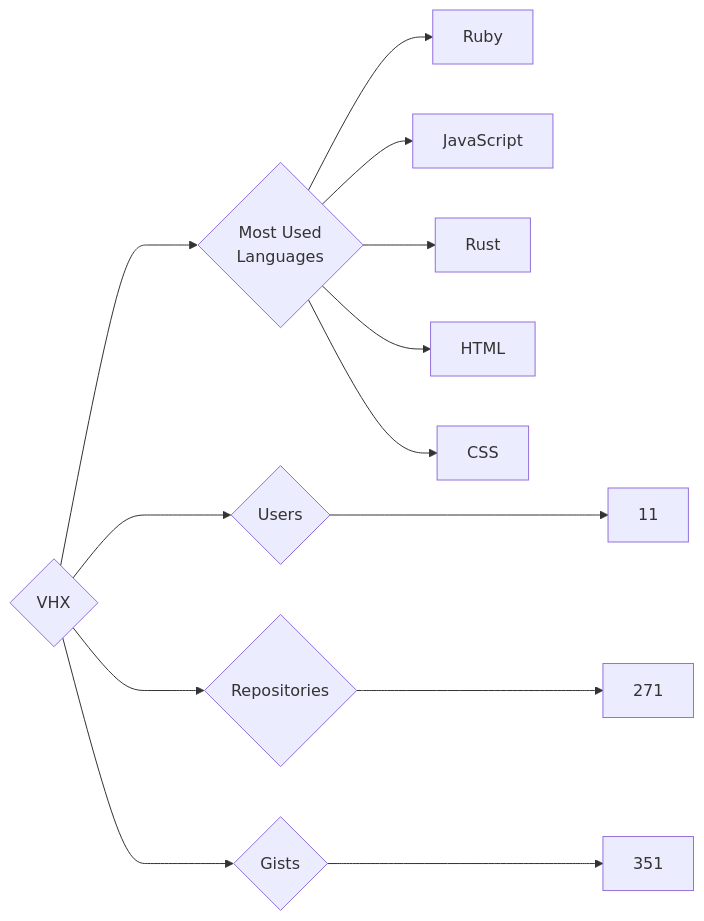
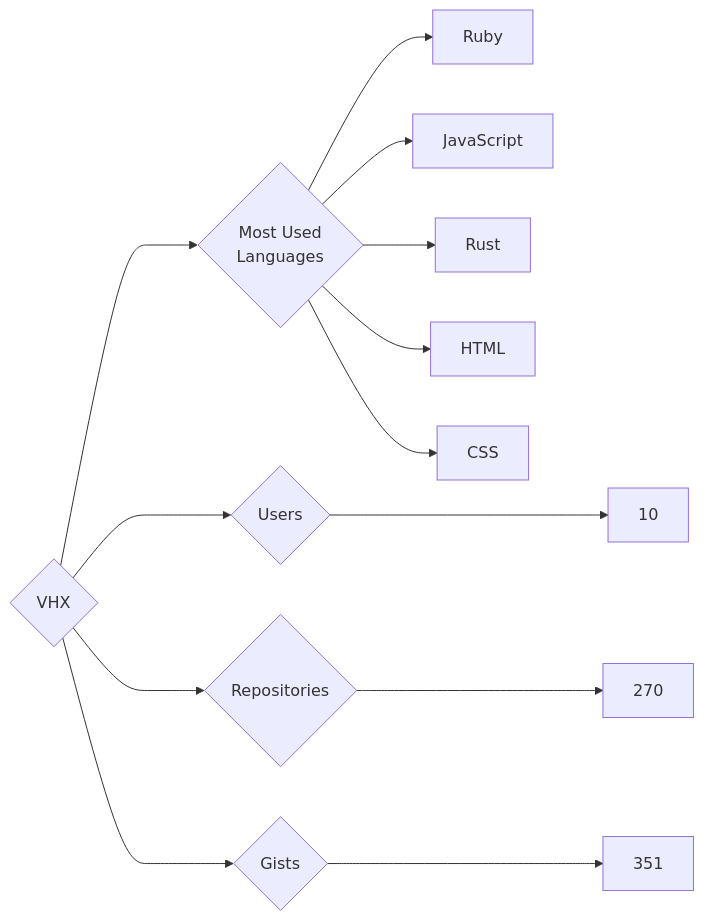
Before and after one commit to trickest/insiders: the diagram in targets/VHX/README.md, drawn with Mermaid. The commit also changed 1479 other files, not shown here.

````diff
--- a/targets/VHX/README.md
+++ b/targets/VHX/README.md
@@ -3,13 +3,13 @@
 ```mermaid
 graph LR
 COMPANY_NAME{VHX}
-COMPANY_NAME ---> U{Users} ---> UN[11]
-COMPANY_NAME ---> R{Repositories} ---> RN[271]
+COMPANY_NAME ---> U{Users} ---> UN[10]
+COMPANY_NAME ---> R{Repositories} ---> RN[270]
 COMPANY_NAME ---> G{Gists} ---> GN[351]
 COMPANY_NAME ---> ML{Most Used<br>Languages}
 ML --> Ruby[Ruby]
 ML --> JavaScript[JavaScript]
 ML --> Rust[Rust]
 ML --> HTML[HTML]
 ML --> CSS[CSS]
 ```
````
